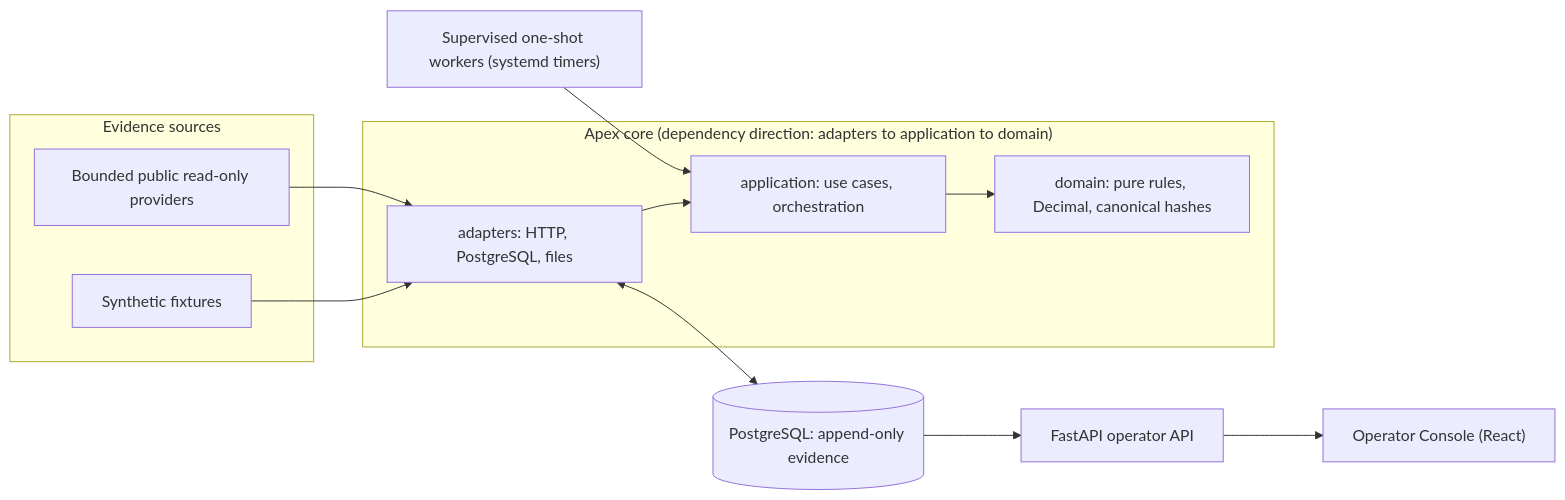
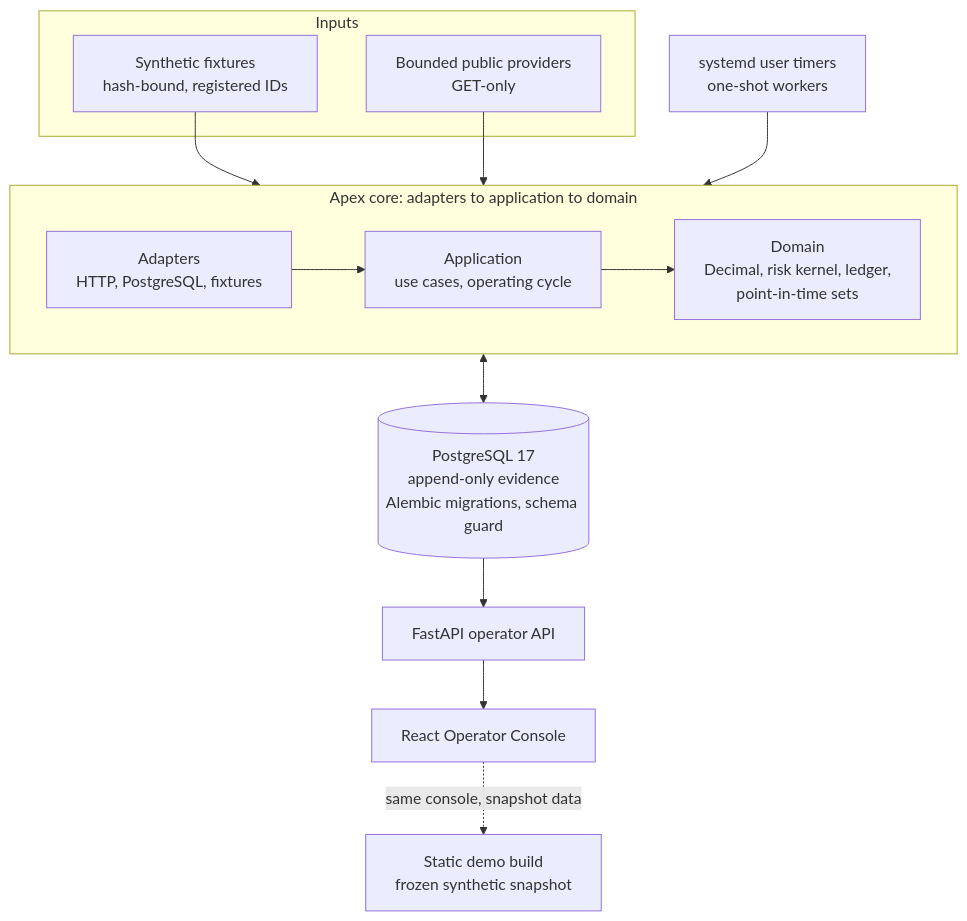
The diagram in README.md (zkelder/apex-showcase), drawn with Mermaid before and after one commit. The commit also changed other lines of this file and 29 other files, not shown here.

````diff
--- a/README.md
+++ b/README.md
@@ -42,22 +65,22 @@
 ```mermaid
-flowchart LR
-    subgraph Sources["Evidence sources"]
-        FX["Synthetic fixtures"]
-        PUB["Bounded public read-only providers"]
+flowchart TB
+    subgraph IN["Inputs"]
+        FX["Synthetic fixtures<br/>hash-bound, registered IDs"]
+        PUB["Bounded public providers<br/>GET-only"]
     end
-    subgraph Core["Apex core (dependency direction: adapters to application to domain)"]
-        AD["adapters: HTTP, PostgreSQL, files"]
-        APP["application: use cases, orchestration"]
-        DOM["domain: pure rules, Decimal, canonical hashes"]
+    SYS["systemd user timers<br/>one-shot workers"]
+    subgraph CORE["Apex core: adapters to application to domain"]
+        direction LR
+        AD["Adapters<br/>HTTP, PostgreSQL, fixtures"] --> APP["Application<br/>use cases, operating cycle"] --> DOM["Domain<br/>Decimal, risk kernel, ledger,<br/>point-in-time sets"]
     end
-    DB[("PostgreSQL: append-only evidence")]
-    W["Supervised one-shot workers (systemd timers)"]
+    DB[("PostgreSQL 17<br/>append-only evidence<br/>Alembic migrations, schema guard")]
     API["FastAPI operator API"]
-    UI["Operator Console (React)"]
+    UI["React Operator Console"]
+    DEMO["Static demo build<br/>frozen synthetic snapshot"]
     FX --> AD
     PUB --> AD
-    AD --> APP --> DOM
+    SYS --> APP
     AD <--> DB
-    W --> APP
     DB --> API --> UI
+    UI -.->|same console, snapshot data| DEMO
 ```
````
